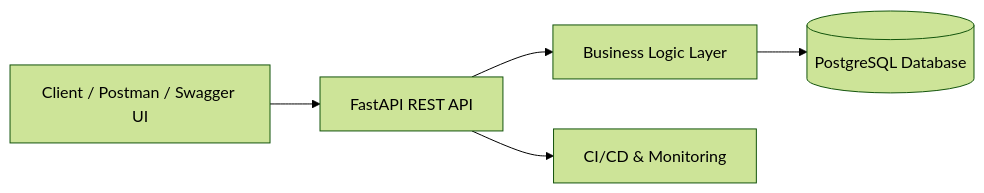
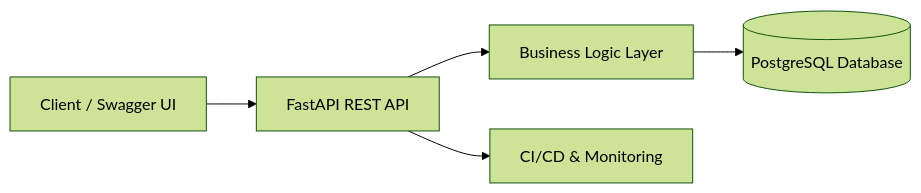
The first of 5 diagrams in README.md (razackou/store-management-api), drawn with Mermaid (forest theme) before and after one commit. The commit also changed other lines of this file, not shown here.

Commit message:
updating diagrams in Readme

````diff
--- a/README.md
+++ b/README.md
@@ -136,7 +136,7 @@
 ```mermaid
 graph LR
-    A[Client / Postman / Swagger UI] --> B[FastAPI REST API]
+    A[Client / Swagger UI] --> B[FastAPI REST API]
     B --> C[Business Logic Layer]
     C --> D[(PostgreSQL Database)]
     B --> E[CI/CD & Monitoring]
 ```
````
